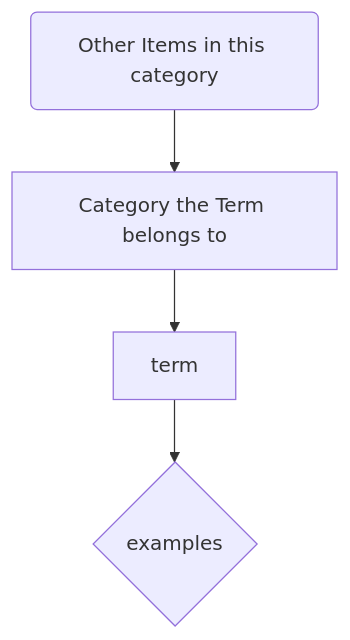
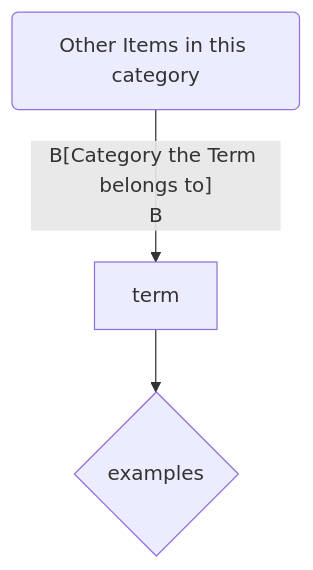
One commit to gerbssusd/dok changed the diagram in slides.md. Above: the diagram before and after it, drawn with Mermaid.

````diff
--- a/slides.md
+++ b/slides.md
@@ -217,10 +217,10 @@
 ```mermaid {theme: 'neutral', scale: 0.8}
 graph TB
-A(Other Items in this category) --> B[Category the Term belongs to]
+A(Other Items in this category) -- B[Category the Term belongs to]
 B --> C[term] --> D{examples}
 
 
 
 
 
 ```
````
